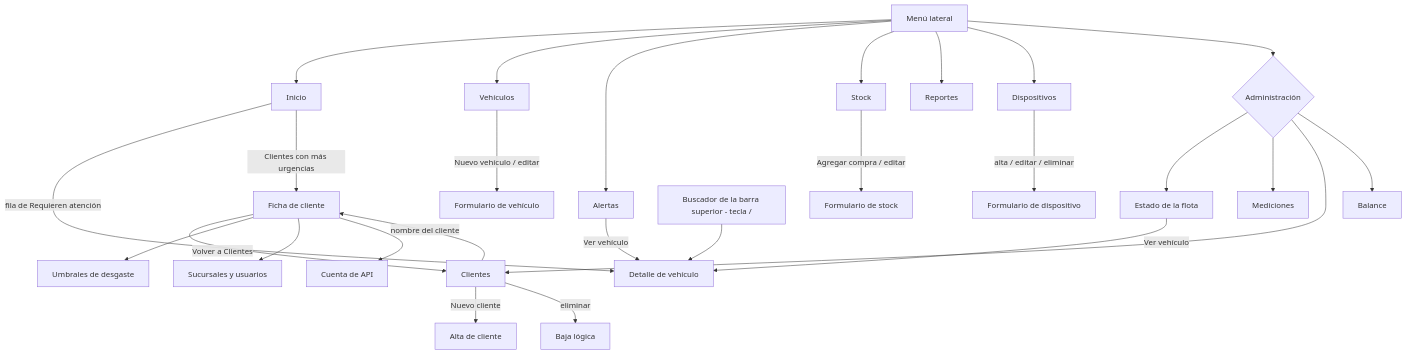
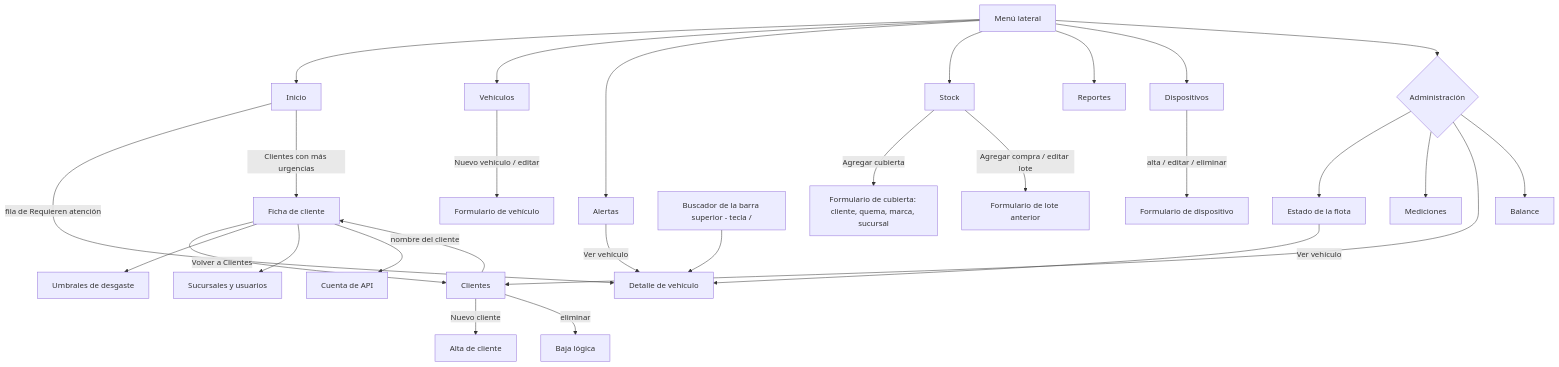
One commit to EM-Organization/Neumet-Gestion changed the second of 2 diagrams in docs/12-mapa-navegacion.md. Above: the diagram before and after it, drawn with Mermaid. The commit also changed other lines of this file and 15 other files, not shown here.

````diff
--- a/docs/12-mapa-navegacion.md
+++ b/docs/12-mapa-navegacion.md
@@ -96,29 +101,30 @@
 ```mermaid
 flowchart TD
   M[Menú lateral] --> I[Inicio]
   M --> V[Vehículos]
   M --> A[Alertas]
   M --> S[Stock]
   M --> R[Reportes]
   M --> D[Dispositivos]
   M --> AD{Administración}
   AD --> F[Estado de la flota]
   AD --> ME[Mediciones]
   AD --> C[Clientes]
   AD --> B[Balance]
   B0[Buscador de la barra superior - tecla /] --> VD[Detalle de vehículo]
   I -->|fila de Requieren atención| VD
   I -->|Clientes con más urgencias| FI[Ficha de cliente]
   F -->|Ver vehículo| VD
   A -->|Ver vehículo| VD
   C -->|nombre del cliente| FI
   C -->|Nuevo cliente| CN[Alta de cliente]
   C -->|eliminar| BL[Baja lógica]
   FI -->|Volver a Clientes| C
   FI --> U[Umbrales de desgaste]
   FI --> SE[Sucursales y usuarios]
   FI --> API[Cuenta de API]
   V -->|Nuevo vehículo / editar| VM[Formulario de vehículo]
-  S -->|Agregar compra / editar| SM[Formulario de stock]
+  S -->|Agregar cubierta| SC[Formulario de cubierta: cliente, quema, marca, sucursal]
+  S -->|Agregar compra / editar lote| SM[Formulario de lote anterior]
   D -->|alta / editar / eliminar| DM[Formulario de dispositivo]
 ```
````
